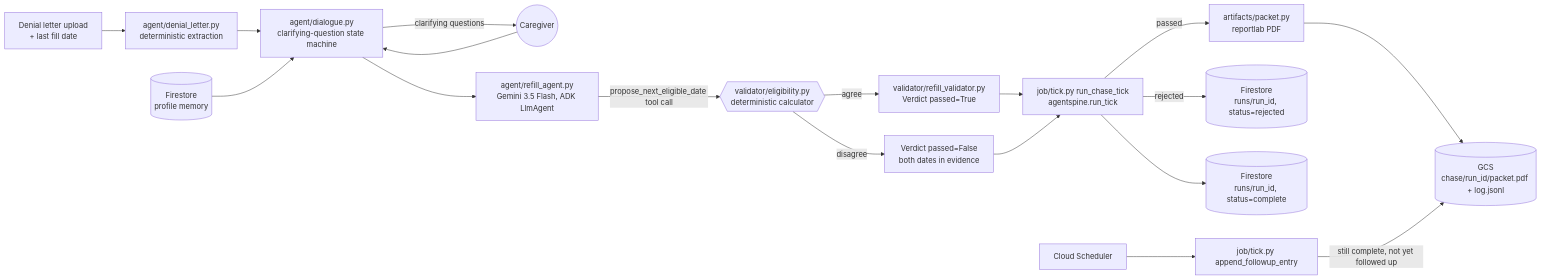
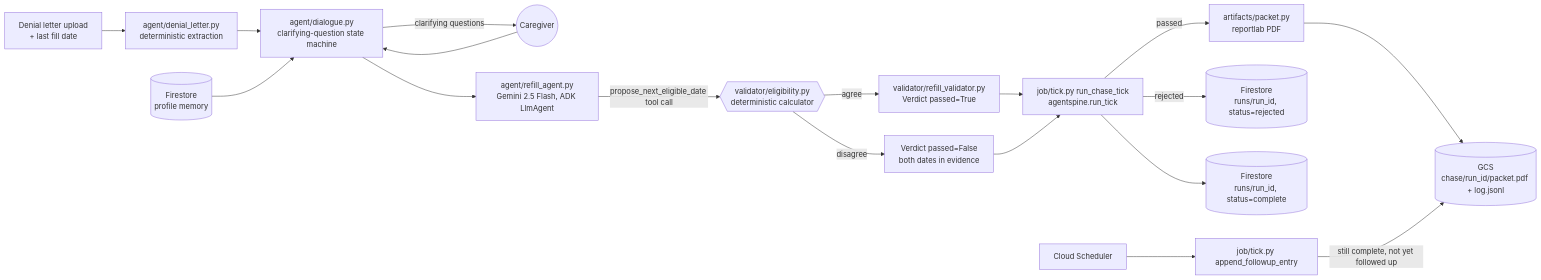
The diagram in ARCHITECTURE.md (aarav1656/refill-collaborative-agent), drawn with Mermaid before and after one commit. The commit also changed other lines of this file and 3 other files, not shown here.

Commit message:
fix: gemini-3.5-flash does not exist, use gemini-2.5-flash (verified live)

````diff
--- a/ARCHITECTURE.md
+++ b/ARCHITECTURE.md
@@ -7,20 +7,20 @@
 ```mermaid
 flowchart LR
   UP[Denial letter upload<br/>+ last fill date] --> PARSE[agent/denial_letter.py<br/>deterministic extraction]
   PARSE --> DLG[agent/dialogue.py<br/>clarifying-question state machine]
   MEM[(Firestore<br/>profile memory)] --> DLG
   DLG -->|clarifying questions| USER((Caregiver))
   USER --> DLG
-  DLG --> LLM[agent/refill_agent.py<br/>Gemini 3.5 Flash, ADK LlmAgent]
+  DLG --> LLM[agent/refill_agent.py<br/>Gemini 2.5 Flash, ADK LlmAgent]
   LLM -->|propose_next_eligible_date tool call| CALC{{validator/eligibility.py<br/>deterministic calculator}}
   CALC -->|agree| VALID[validator/refill_validator.py<br/>Verdict passed=True]
   CALC -->|disagree| INVALID[Verdict passed=False<br/>both dates in evidence]
   VALID --> TICK[job/tick.py run_chase_tick<br/>agentspine.run_tick]
   INVALID --> TICK
   TICK -->|passed| PACKET[artifacts/packet.py<br/>reportlab PDF]
   TICK -->|rejected| FS[(Firestore<br/>runs/run_id, status=rejected)]
   PACKET --> GCS[(GCS<br/>chase/run_id/packet.pdf + log.jsonl)]
   TICK --> FS2[(Firestore<br/>runs/run_id, status=complete)]
   SCH[Cloud Scheduler] --> FOLLOWUP[job/tick.py append_followup_entry]
   FOLLOWUP -->|still complete, not yet followed up| GCS
 ```
````
